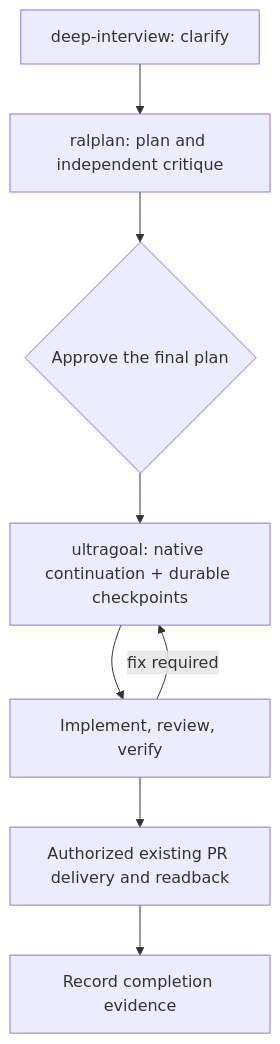
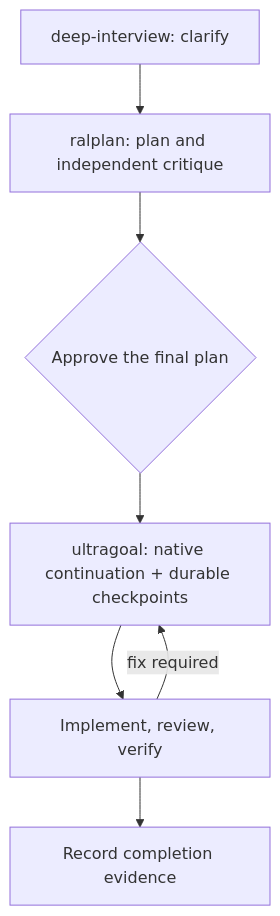
The diagram in README.md (S-jooyoung/oh-my-joy), drawn with Mermaid before and after one commit. The commit also changed other lines of this file and 398 other files, not shown here.

````diff
--- a/README.md
+++ b/README.md
@@ -227,10 +256,9 @@
 ```mermaid
 flowchart TD
     DI["deep-interview: clarify"] --> RP["ralplan: plan and independent critique"]
     RP --> A{"Approve the final plan"}
     A --> U["ultragoal: native continuation + durable checkpoints"]
     U --> R["Implement, review, verify"]
     R -->|"fix required"| U
-    R --> D["Authorized existing PR delivery and readback"]
-    D --> C["Record completion evidence"]
+    R --> C["Record completion evidence"]
 ```
````
